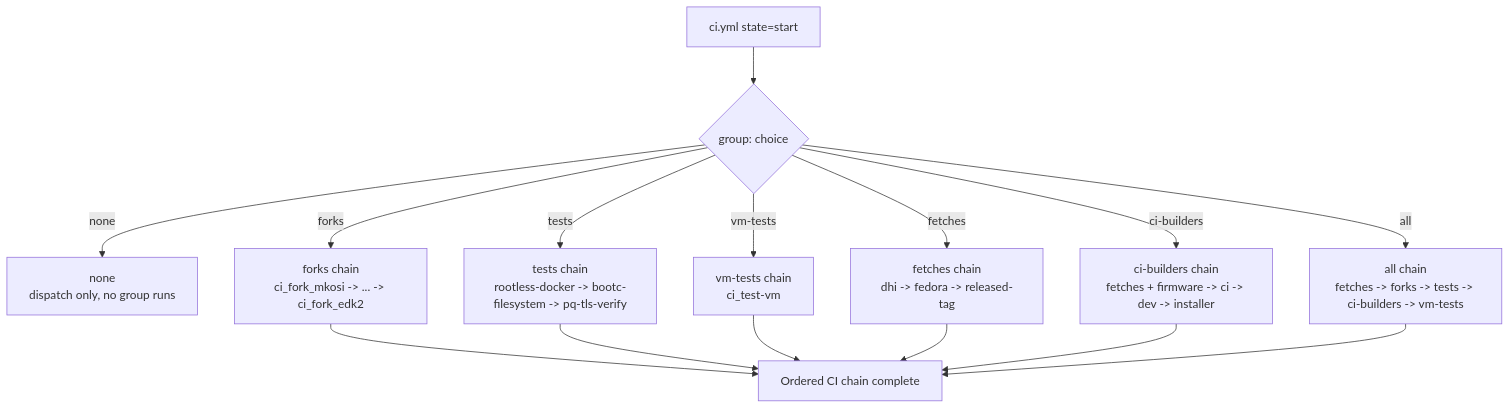
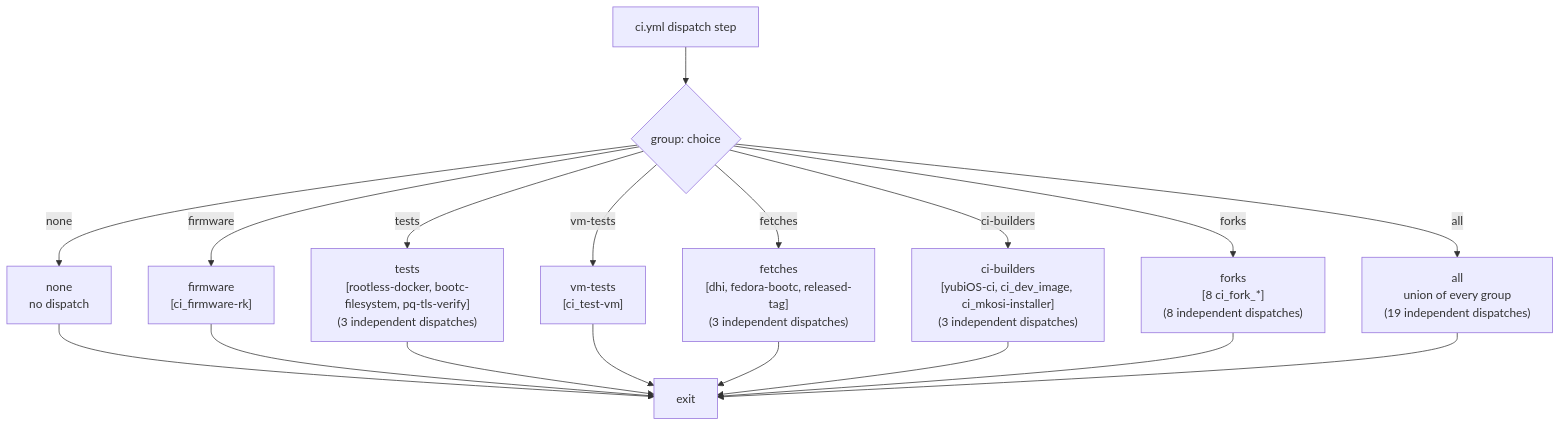
One commit to corning-croak-cable/yubiOS changed the first of 8 diagrams in docs/CI_MAP.md. Above: the diagram before and after it, drawn with Mermaid. The commit also changed other lines of this file and 1 other file, not shown here.

````diff
--- a/docs/CI_MAP.md
+++ b/docs/CI_MAP.md
@@ -35,22 +46,24 @@
 ```mermaid
 flowchart TD
-    start["ci.yml state=start"]
+    start["ci.yml dispatch step"]
     pick{"group: choice"}
-    none_path["none\ndispatch only, no group runs"]
-    forks_path["forks chain\nci_fork_mkosi -> ... -> ci_fork_edk2"]
-    tests_path["tests chain\nrootless-docker -> bootc-filesystem -> pq-tls-verify"]
-    vm_tests_path["vm-tests chain\nci_test-vm"]
-    fetches_path["fetches chain\ndhi -> fedora -> released-tag"]
-    ci_builders_path["ci-builders chain\nfetches + firmware -> ci -> dev -> installer"]
-    all_path["all chain\nfetches -> forks -> tests -> ci-builders -> vm-tests"]
-    done["Ordered CI chain complete"]
+    none_path["none\nno dispatch"]
+    firmware_path["firmware\n[ci_firmware-rk]"]
+    tests_path["tests\n[rootless-docker, bootc-filesystem, pq-tls-verify]\n(3 independent dispatches)"]
+    vm_tests_path["vm-tests\n[ci_test-vm]"]
+    fetches_path["fetches\n[dhi, fedora-bootc, released-tag]\n(3 independent dispatches)"]
+    ci_builders_path["ci-builders\n[yubiOS-ci, ci_dev_image, ci_mkosi-installer]\n(3 independent dispatches)"]
+    forks_path["forks\n[8 ci_fork_*]\n(8 independent dispatches)"]
+    all_path["all\nunion of every group\n(19 independent dispatches)"]
+    done["exit"]
 
     start --> pick
-    pick -- "none" --> none_path
-    pick -- "forks" --> forks_path --> done
+    pick -- "none" --> none_path --> done
+    pick -- "firmware" --> firmware_path --> done
     pick -- "tests" --> tests_path --> done
     pick -- "vm-tests" --> vm_tests_path --> done
     pick -- "fetches" --> fetches_path --> done
     pick -- "ci-builders" --> ci_builders_path --> done
+    pick -- "forks" --> forks_path --> done
     pick -- "all" --> all_path --> done
 ```
````
